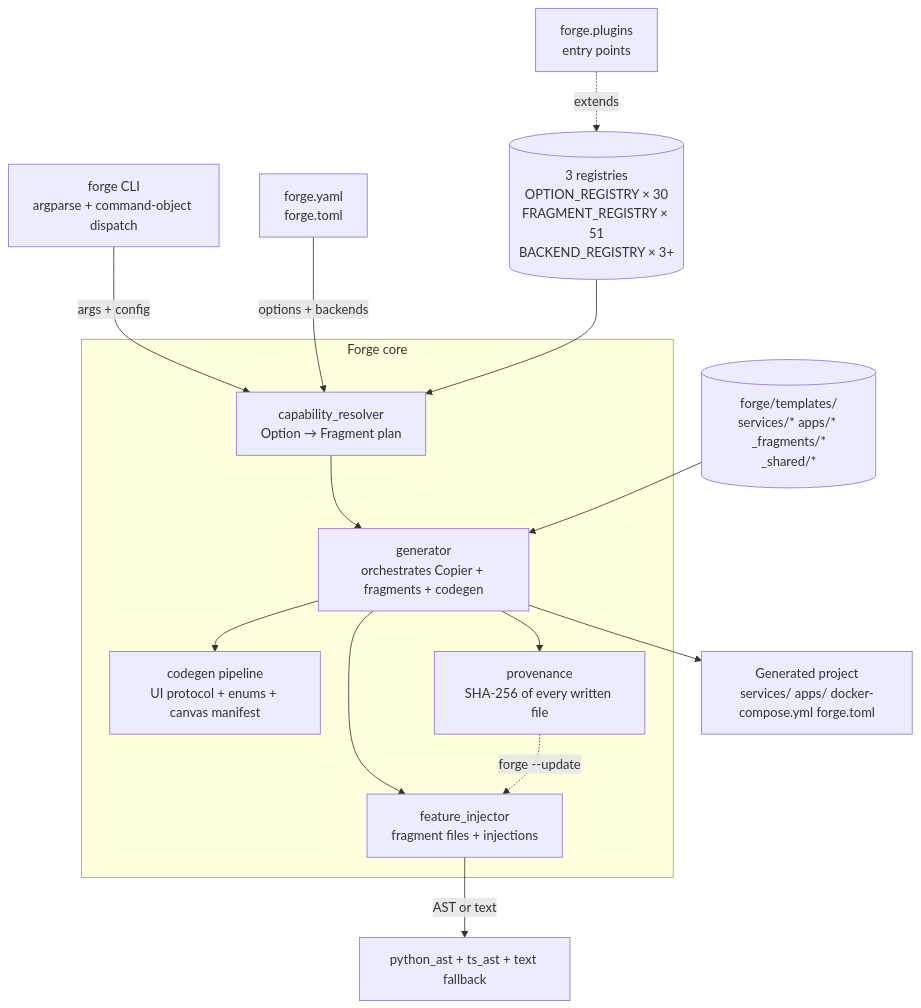
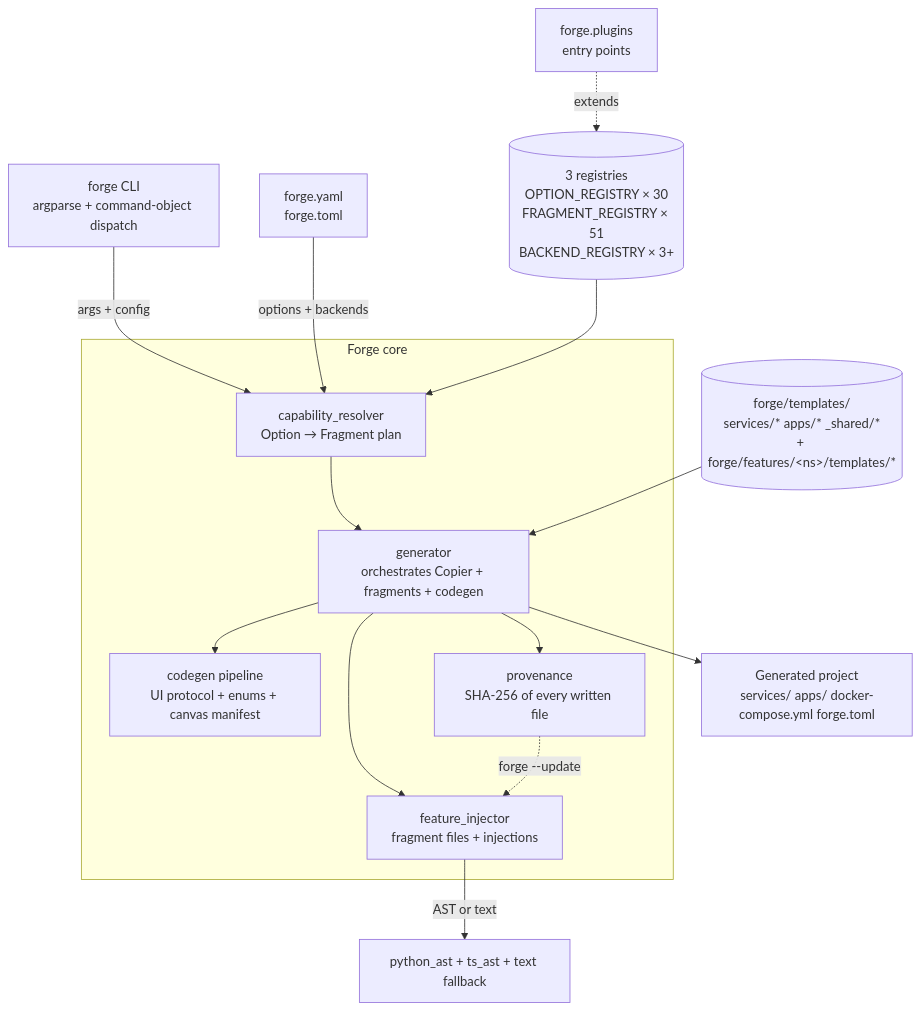
One commit to cchifor/forge changed the first of 3 diagrams in docs/architecture.md. Above: the diagram before and after it, drawn with Mermaid. The commit also changed other lines of this file and 4 other files, not shown here.

First line of the commit message:
docs(features): reflect forge/features/<ns>/ layout in onboarding + plugin docs

````diff
--- a/docs/architecture.md
+++ b/docs/architecture.md
@@ -7,28 +7,28 @@
 ```mermaid
 flowchart TD
     CLI[forge CLI<br/>argparse + command-object dispatch] -->|args + config| Resolver
     Config[forge.yaml<br/>forge.toml] -->|options + backends| Resolver
 
     subgraph Core[Forge core]
         Resolver[capability_resolver<br/>Option → Fragment plan]
         Generator[generator<br/>orchestrates Copier + fragments + codegen]
         Injector[feature_injector<br/>fragment files + injections]
         Codegen[codegen pipeline<br/>UI protocol + enums + canvas manifest]
         Provenance[provenance<br/>SHA-256 of every written file]
     end
 
     Registries[(3 registries<br/>OPTION_REGISTRY × 30<br/>FRAGMENT_REGISTRY × 51<br/>BACKEND_REGISTRY × 3+)] --> Resolver
     Plugins[forge.plugins<br/>entry points] -.extends.-> Registries
 
     Resolver --> Generator
     Generator --> Injector
     Generator --> Codegen
     Generator --> Provenance
 
-    Templates[(forge/templates/<br/>services/* apps/* _fragments/*<br/>_shared/*)] --> Generator
+    Templates[(forge/templates/<br/>services/* apps/* _shared/*<br/>+ forge/features/&lt;ns&gt;/templates/*)] --> Generator
     Injector -->|AST or text| Injectors[python_ast + ts_ast + text fallback]
 
     Generator --> Output[Generated project<br/>services/ apps/ docker-compose.yml forge.toml]
 
     Provenance -.->|forge --update| Injector
 ```
````
